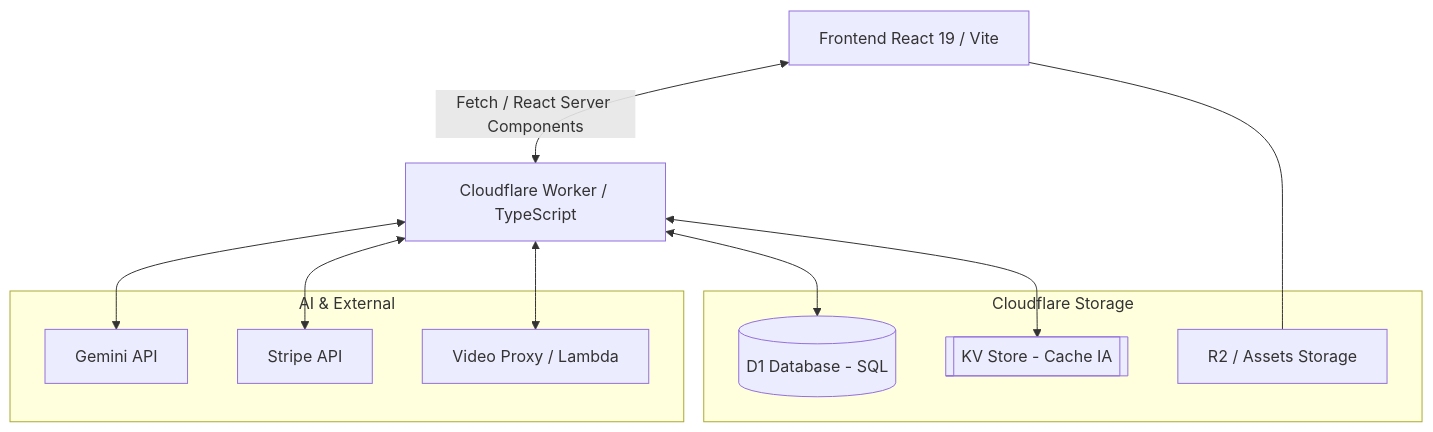
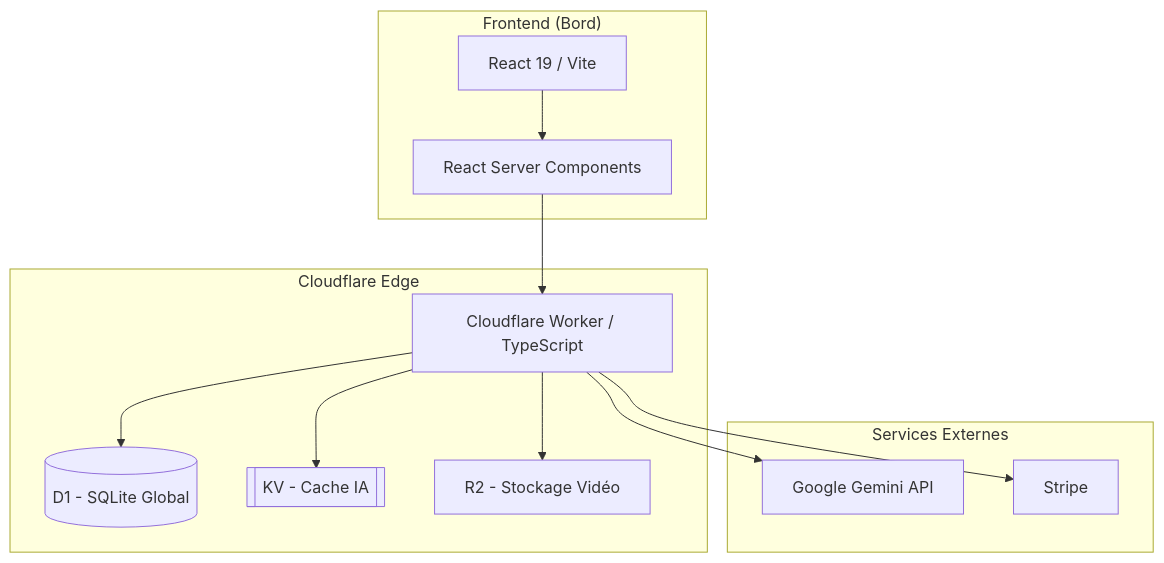
Before and after one commit to Yanni-Delattre-Balcer/KduFoot: the third of 3 diagrams in ANALYSE_TECHNIQUE.md, drawn with Mermaid. The commit also changed other lines of this file, not shown here.

````diff
--- a/ANALYSE_TECHNIQUE.md
+++ b/ANALYSE_TECHNIQUE.md
@@ -173,25 +1507,27 @@
 ```mermaid
 graph TD
-    UI[Frontend React 19 / Vite]
-    Worker[Cloudflare Worker / TypeScript]
-    
-    subgraph "Cloudflare Storage"
-        D1[(D1 Database - SQL)]
-        KV[[KV Store - Cache IA]]
-        AS[R2 / Assets Storage]
+    subgraph "Frontend (Bord)"
+        React[React 19 / Vite]
+        RSC[React Server Components]
     end
     
-    subgraph "AI & External"
-        Gemini[Gemini API]
-        Stripe[Stripe API]
-        ExternalVideo[Video Proxy / Lambda]
+    subgraph "Cloudflare Edge"
+        Worker[Cloudflare Worker / TypeScript]
+        D1[(D1 - SQLite Global)]
+        KV[[KV - Cache IA]]
+        R2[R2 - Stockage Vidéo]
     end
-
-    UI <-->|Fetch / React Server Components| Worker
-    Worker <--> D1
-    Worker <--> KV
-    Worker <--> Gemini
-    Worker <--> Stripe
-    Worker <--> ExternalVideo
-    UI --- AS
+    
+    subgraph "Services Externes"
+        Gemini[Google Gemini API]
+        Stripe[Stripe]
+    end
+    
+    React --> RSC
+    RSC --> Worker
+    Worker --> D1
+    Worker --> KV
+    Worker --> R2
+    Worker --> Gemini
+    Worker --> Stripe
 ```
````
